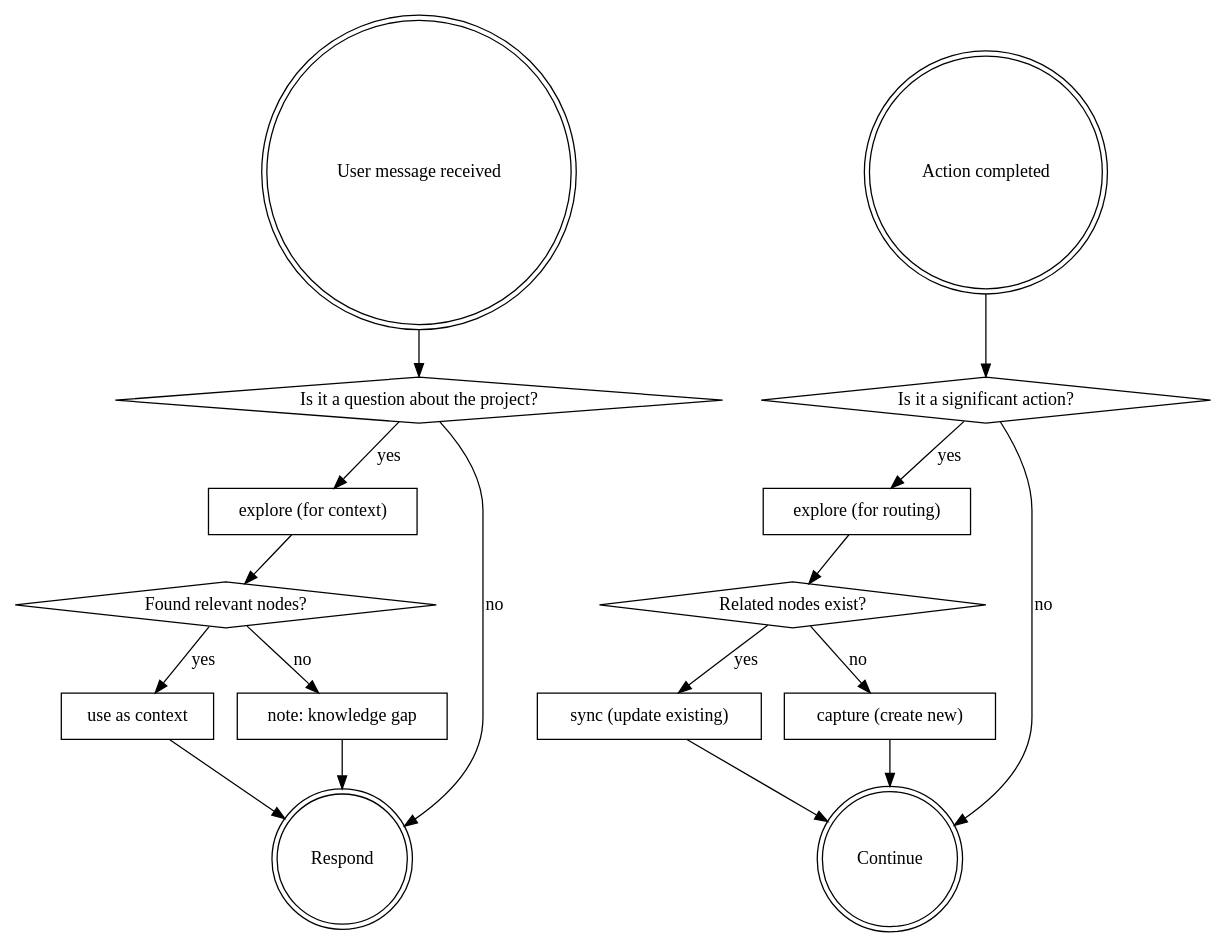
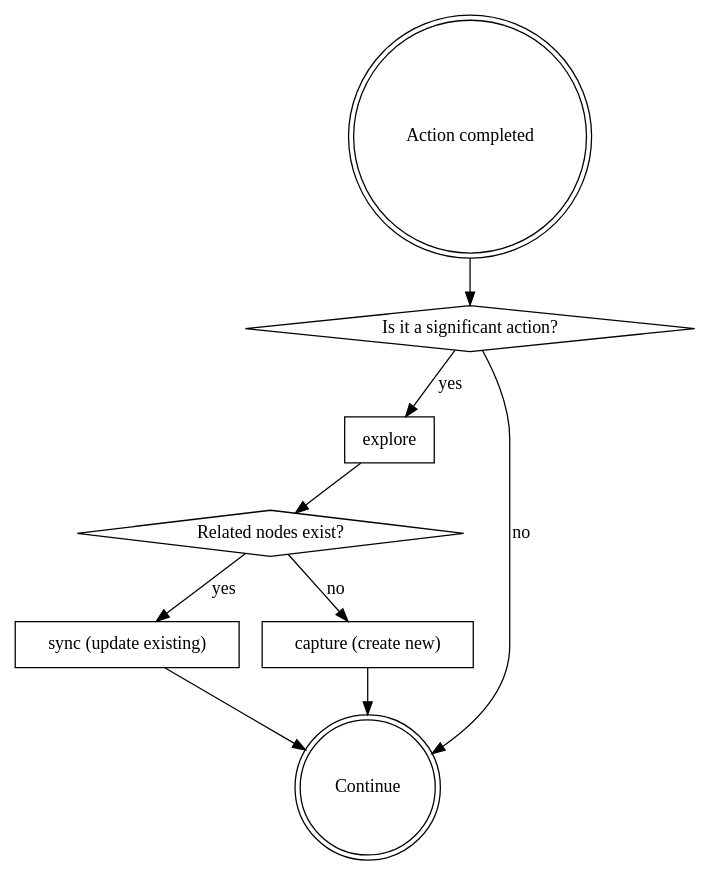
The diagram in skills/router/SKILL.md (Curt-Park/autology), drawn with Graphviz before and after one commit. The commit also changed other lines of this file, not shown here.

First line of the commit message:
refactor: remove user-message explore trigger — explore is decision tool only

````diff
--- a/skills/router/SKILL.md
+++ b/skills/router/SKILL.md
@@ -51,36 +41,20 @@
 ```dot
 digraph router {
-  "User message received" [shape=doublecircle];
   "Action completed" [shape=doublecircle];
-  "Is it a question about the project?" [shape=diamond];
-  "explore (for context)" [shape=box];
-  "Found relevant nodes?" [shape=diamond];
-  "use as context" [shape=box];
-  "note: knowledge gap" [shape=box];
-  "Respond" [shape=doublecircle];
   "Is it a significant action?" [shape=diamond];
-  "explore (for routing)" [shape=box];
+  "explore" [shape=box];
   "Related nodes exist?" [shape=diamond];
   "sync (update existing)" [shape=box];
   "capture (create new)" [shape=box];
   "Continue" [shape=doublecircle];
 
-  "User message received" -> "Is it a question about the project?";
-  "Is it a question about the project?" -> "explore (for context)" [label="yes"];
-  "Is it a question about the project?" -> "Respond" [label="no"];
-  "explore (for context)" -> "Found relevant nodes?";
-  "Found relevant nodes?" -> "use as context" [label="yes"];
-  "Found relevant nodes?" -> "note: knowledge gap" [label="no"];
-  "use as context" -> "Respond";
-  "note: knowledge gap" -> "Respond";
-
   "Action completed" -> "Is it a significant action?";
-  "Is it a significant action?" -> "explore (for routing)" [label="yes"];
+  "Is it a significant action?" -> "explore" [label="yes"];
   "Is it a significant action?" -> "Continue" [label="no"];
-  "explore (for routing)" -> "Related nodes exist?";
+  "explore" -> "Related nodes exist?";
   "Related nodes exist?" -> "sync (update existing)" [label="yes"];
   "Related nodes exist?" -> "capture (create new)" [label="no"];
   "sync (update existing)" -> "Continue";
   "capture (create new)" -> "Continue";
 }
 ```
````
